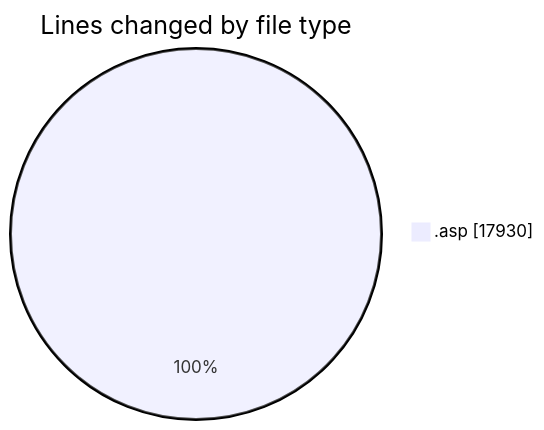
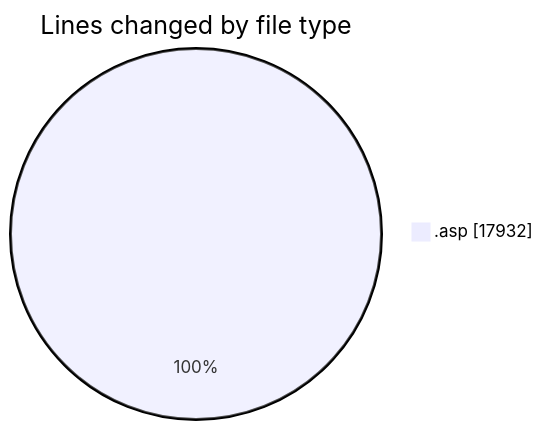
One commit to julien-gomy/code-tracking changed the first of 2 diagrams in 2025-11-01/cdp_aleoudev_fr__workspace_/README.md. Above: the diagram before and after it, drawn with Mermaid. The commit also changed other lines of this file and 1 other file, not shown here.

````diff
--- a/2025-11-01/cdp_aleoudev_fr__workspace_/README.md
+++ b/2025-11-01/cdp_aleoudev_fr__workspace_/README.md
@@ -25,5 +25,5 @@
 ```mermaid
 pie showData
 title Lines changed by file type
-".asp" : 17930
+".asp" : 17932
 ```
````
